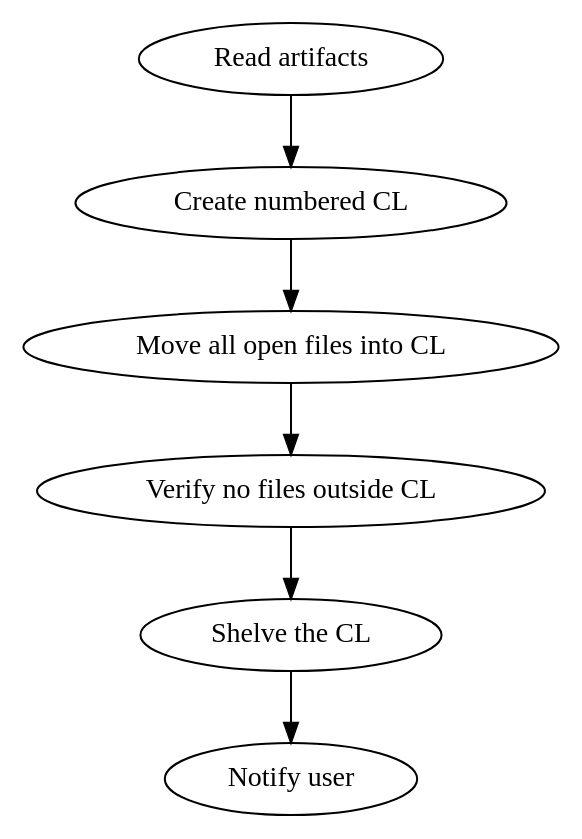
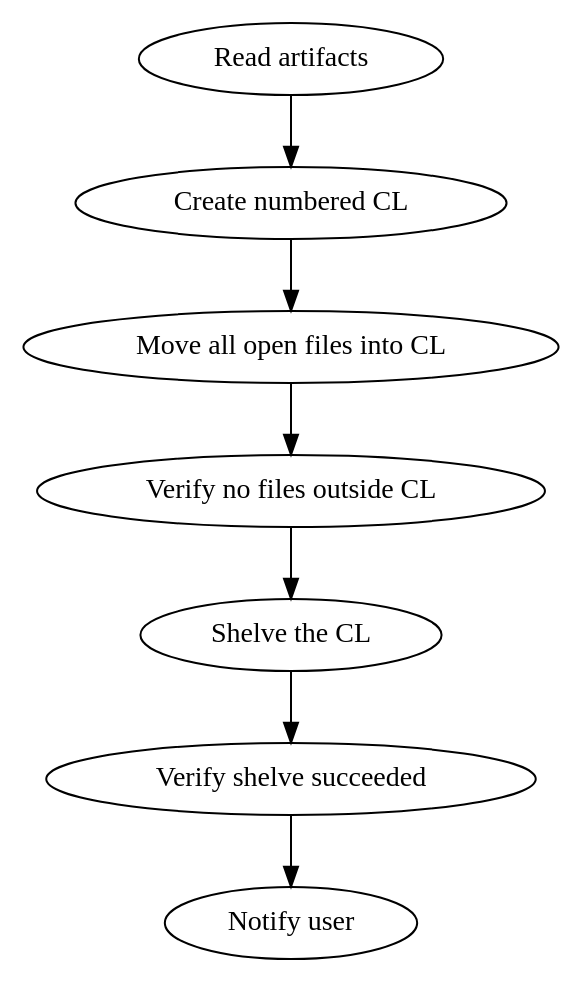
Before and after one commit to JackDCondon/potato-cannonP4: the diagram in apps/daemon/templates/workflows/product-development-p4/agents/shelve-agent.md, drawn with Graphviz. The commit also changed other lines of this file, not shown here.

First line of the commit message:
fix(shelve-agent): close code review gaps from potato-cannonP4-4ji.15

````diff
--- a/apps/daemon/templates/workflows/product-development-p4/agents/shelve-agent.md
+++ b/apps/daemon/templates/workflows/product-development-p4/agents/shelve-agent.md
@@ -11,9 +11,10 @@
 ```dot
 digraph shelve {
     "Read artifacts" -> "Create numbered CL";
     "Create numbered CL" -> "Move all open files into CL";
     "Move all open files into CL" -> "Verify no files outside CL";
     "Verify no files outside CL" -> "Shelve the CL";
-    "Shelve the CL" -> "Notify user";
+    "Shelve the CL" -> "Verify shelve succeeded";
+    "Verify shelve succeeded" -> "Notify user";
 }
 ```
````
